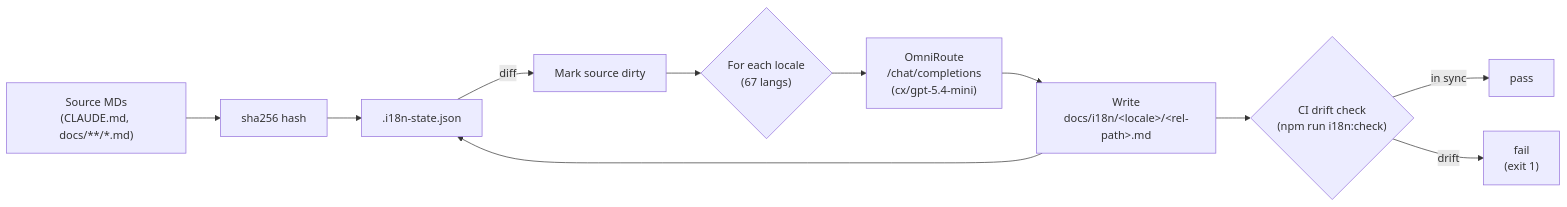
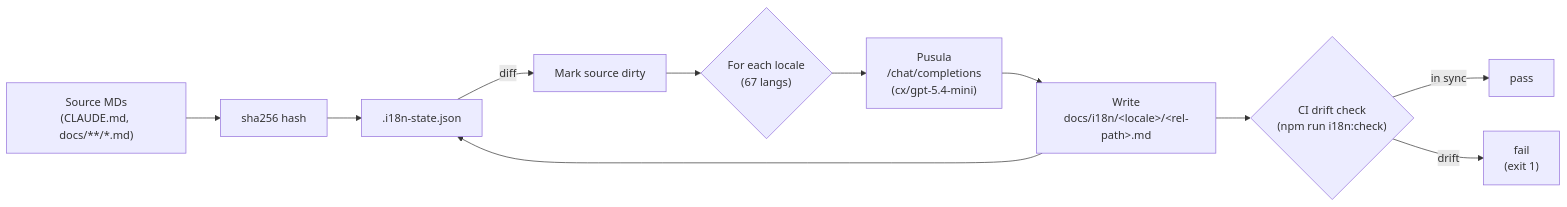
The diagram in docs/diagrams/i18n-flow.mmd (Ferhat-Yasinoglu/pusula), drawn with Mermaid before and after one commit. The commit also changed 5718 other files, not shown here.

First line of the commit message:
Rename OmniRoute to Pusula across paths and content

```diff
--- a/docs/diagrams/i18n-flow.mmd
+++ b/docs/diagrams/i18n-flow.mmd
@@ -1,14 +1,14 @@
 %% Incremental hash-based i18n pipeline
 %% Reflects: scripts/i18n/* and docs/i18n/<locale>/*.md mirror layout
 %% v3.8.0
 flowchart LR
   Src["Source MDs<br/>(CLAUDE.md, docs/**/*.md)"] --> Hash["sha256 hash"]
   Hash --> State[".i18n-state.json"]
   State -->|diff| Dirty["Mark source dirty"]
   Dirty --> Loop{"For each locale<br/>(67 langs)"}
-  Loop --> LLM["OmniRoute<br/>/chat/completions<br/>(cx/gpt-5.4-mini)"]
+  Loop --> LLM["Pusula<br/>/chat/completions<br/>(cx/gpt-5.4-mini)"]
   LLM --> Target["Write<br/>docs/i18n/&lt;locale&gt;/&lt;rel-path&gt;.md"]
   Target --> State
   Target --> CI{"CI drift check<br/>(npm run i18n:check)"}
   CI -->|in sync| Pass["pass"]
   CI -->|drift| Fail["fail<br/>(exit 1)"]
```
